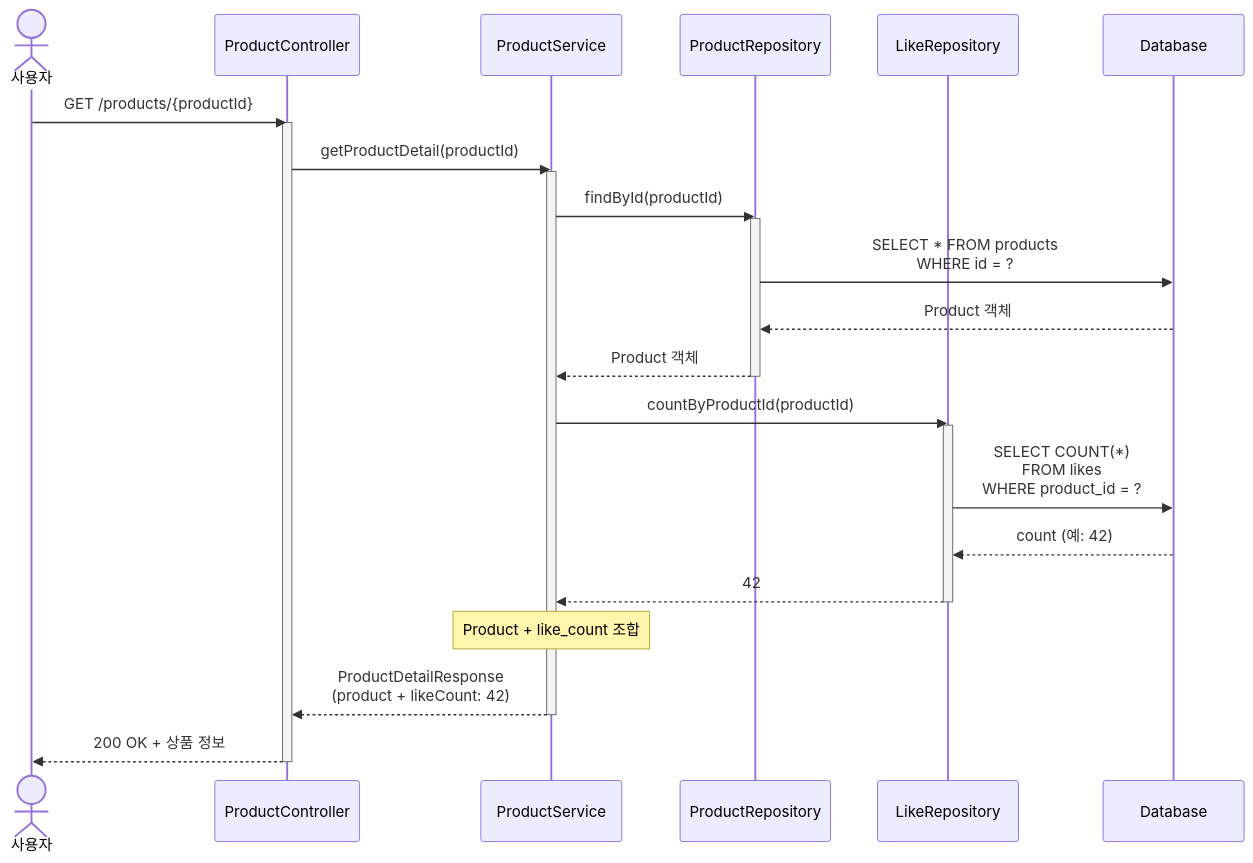
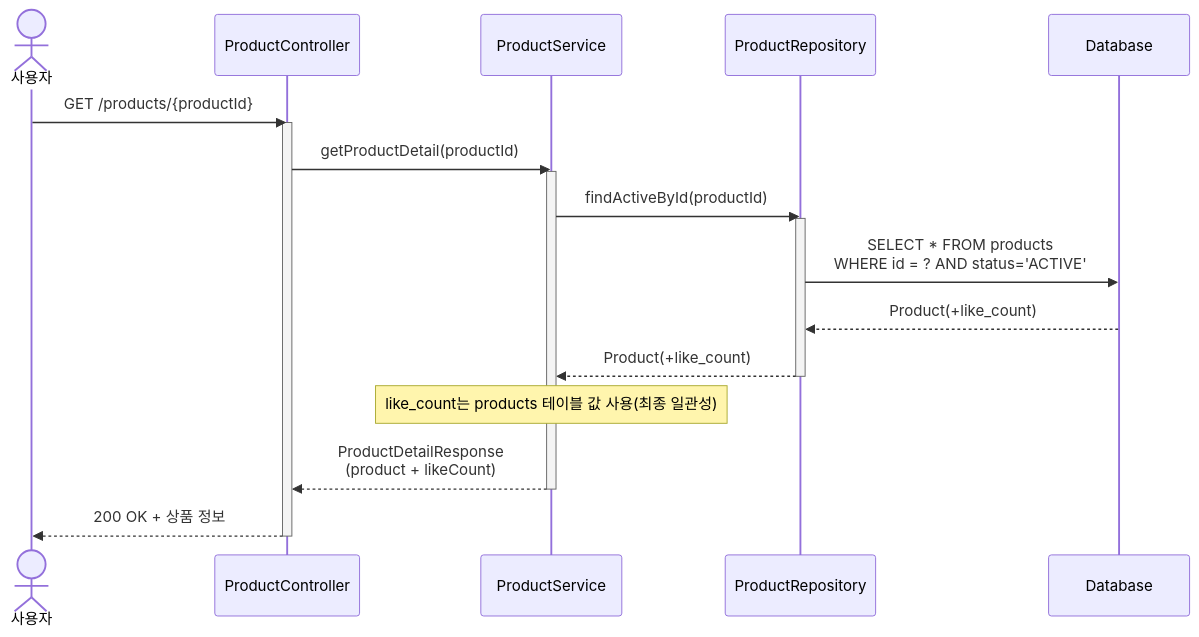
Before and after one commit to katiekim17/loop-pack-be-l2-vol3-java: the fifth of 6 diagrams in docs/design/좋아요/02-sequence-diagrams.md, drawn with Mermaid. The commit also changed other lines of this file and 17 other files, not shown here.

````diff
--- a/docs/design/좋아요/02-sequence-diagrams.md
+++ b/docs/design/좋아요/02-sequence-diagrams.md
@@ -269,37 +295,29 @@
 ```mermaid
 sequenceDiagram
     actor User as 사용자
     participant API as ProductController
     participant Service as ProductService
     participant ProdRepo as ProductRepository
-    participant LikeRepo as LikeRepository
     participant DB as Database
 
     User->>API: GET /products/{productId}
     activate API
     
     API->>Service: getProductDetail(productId)
     activate Service
     
-    Service->>ProdRepo: findById(productId)
+    Service->>ProdRepo: findActiveById(productId)
     activate ProdRepo
-    ProdRepo->>DB: SELECT * FROM products<br/>WHERE id = ?
-    DB-->>ProdRepo: Product 객체
-    ProdRepo-->>Service: Product 객체
+    ProdRepo->>DB: SELECT * FROM products<br/>WHERE id = ? AND status='ACTIVE'
+    DB-->>ProdRepo: Product(+like_count)
+    ProdRepo-->>Service: Product(+like_count)
     deactivate ProdRepo
     
-    Service->>LikeRepo: countByProductId(productId)
-    activate LikeRepo
-    LikeRepo->>DB: SELECT COUNT(*)<br/>FROM likes<br/>WHERE product_id = ?
-    DB-->>LikeRepo: count (예: 42)
-    LikeRepo-->>Service: 42
-    deactivate LikeRepo
+    Note over Service: like_count는 products 테이블 값 사용(최종 일관성)
     
-    Note over Service: Product + like_count 조합
-    
-    Service-->>API: ProductDetailResponse<br/>(product + likeCount: 42)
+    Service-->>API: ProductDetailResponse<br/>(product + likeCount)
     deactivate Service
     
     API-->>User: 200 OK + 상품 정보
     deactivate API
 ```
````
